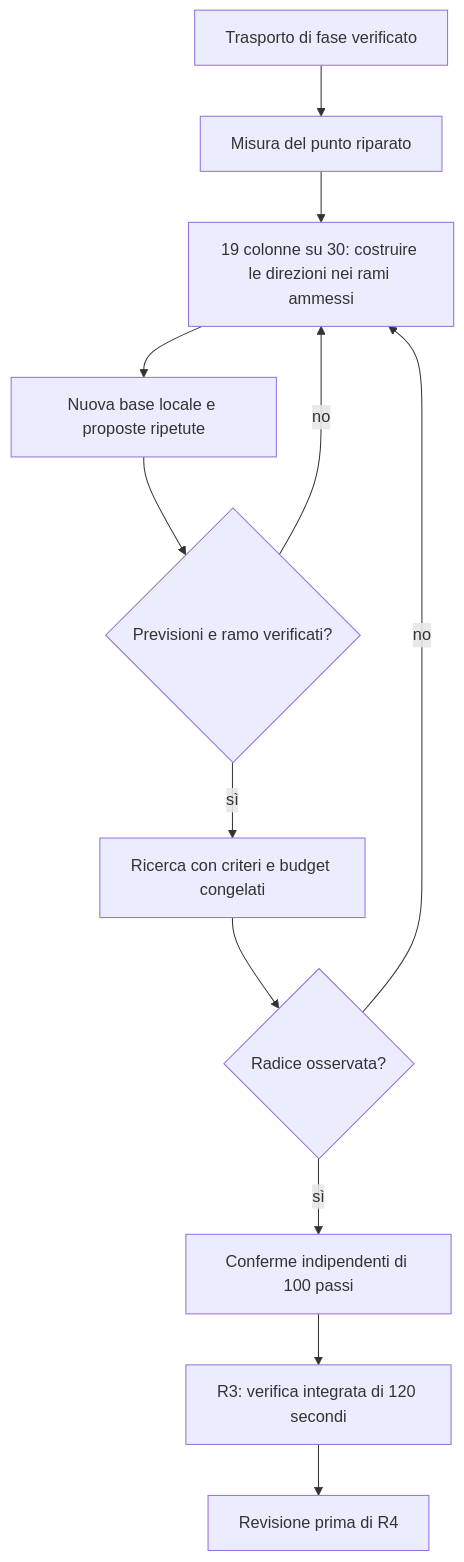
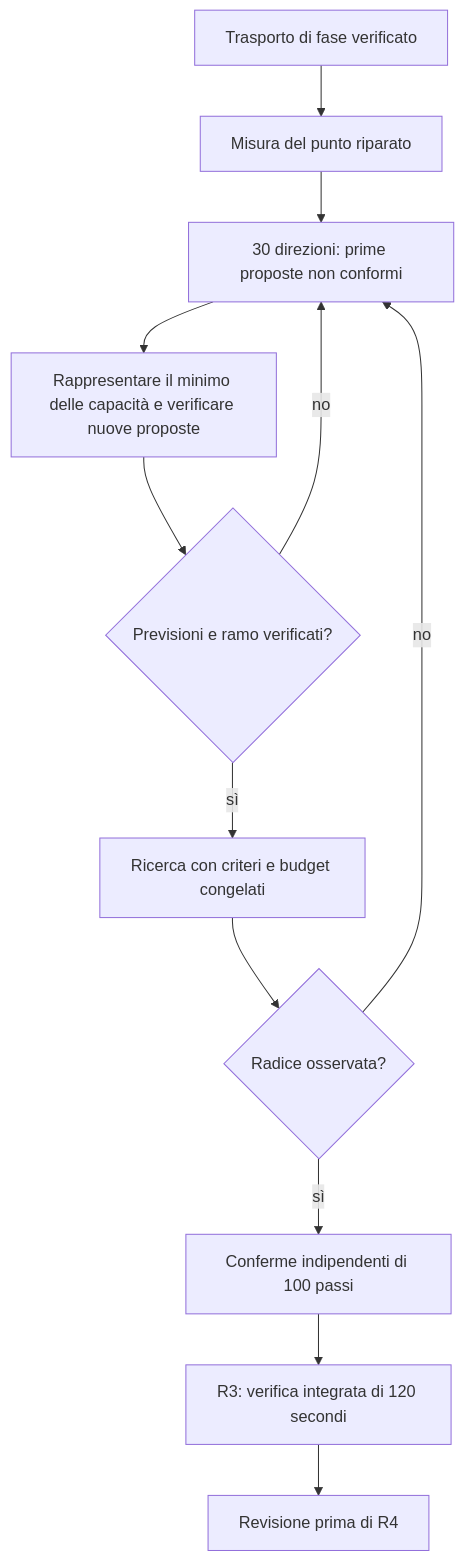
The first of 2 diagrams in docs/ROADMAP.md (archistico/NuclearReactorSimulator), drawn with Mermaid before and after one commit. The commit also changed other lines of this file and 49 other files, not shown here.

````diff
--- a/docs/ROADMAP.md
+++ b/docs/ROADMAP.md
@@ -56,14 +57,14 @@
 ```mermaid
 flowchart TD
     R["Trasporto di fase verificato"] --> M["Misura del punto riparato"]
-    M --> S["19 colonne su 30: costruire le direzioni nei rami ammessi"]
-    S --> A["Nuova base locale e proposte ripetute"]
+    M --> S["30 direzioni: prime proposte non conformi"]
+    S --> A["Rappresentare il minimo delle capacità e verificare nuove proposte"]
     A --> B{"Previsioni e ramo verificati?"}
     B -->|"no"| S
     B -->|"sì"| C["Ricerca con criteri e budget congelati"]
     C --> D{"Radice osservata?"}
     D -->|"no"| S
     D -->|"sì"| E["Conferme indipendenti di 100 passi"]
     E --> F["R3: verifica integrata di 120 secondi"]
     F --> G["Revisione prima di R4"]
 ```
````
